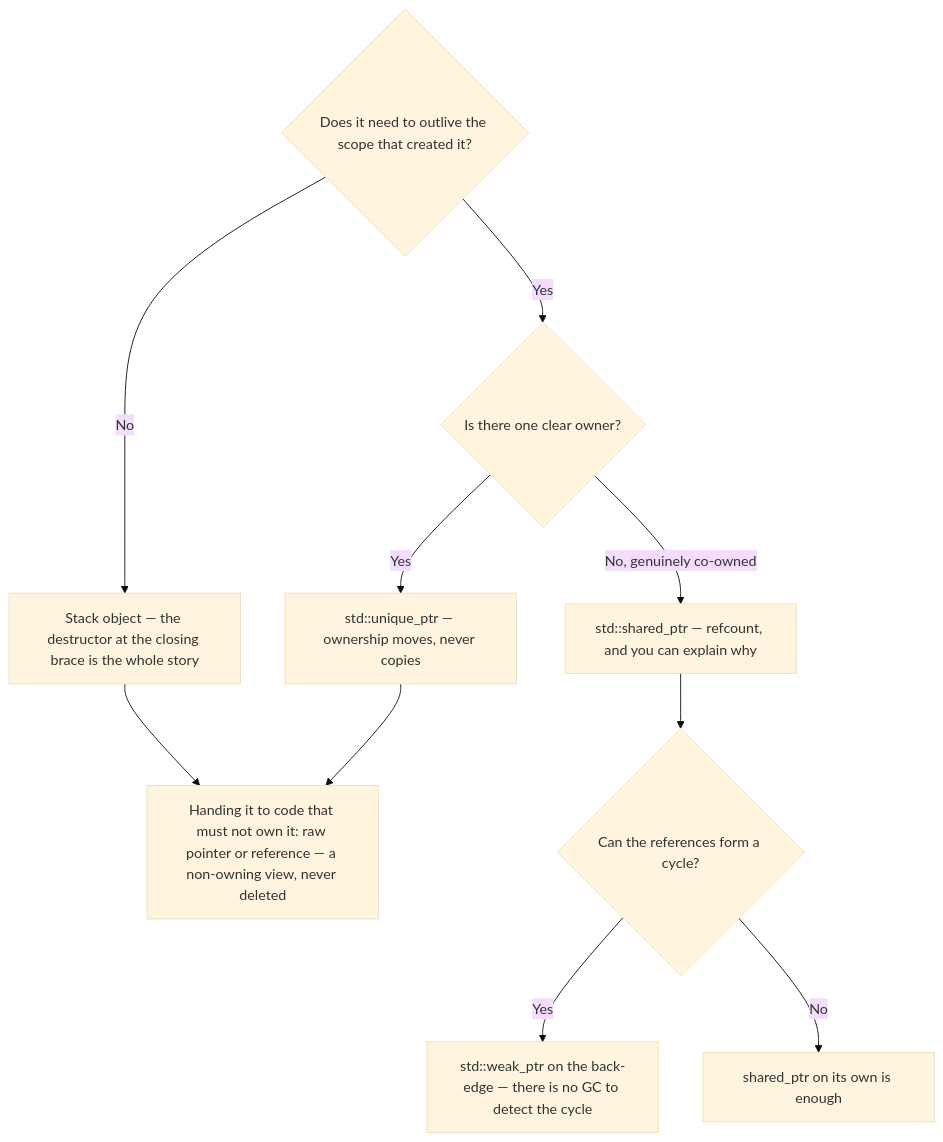
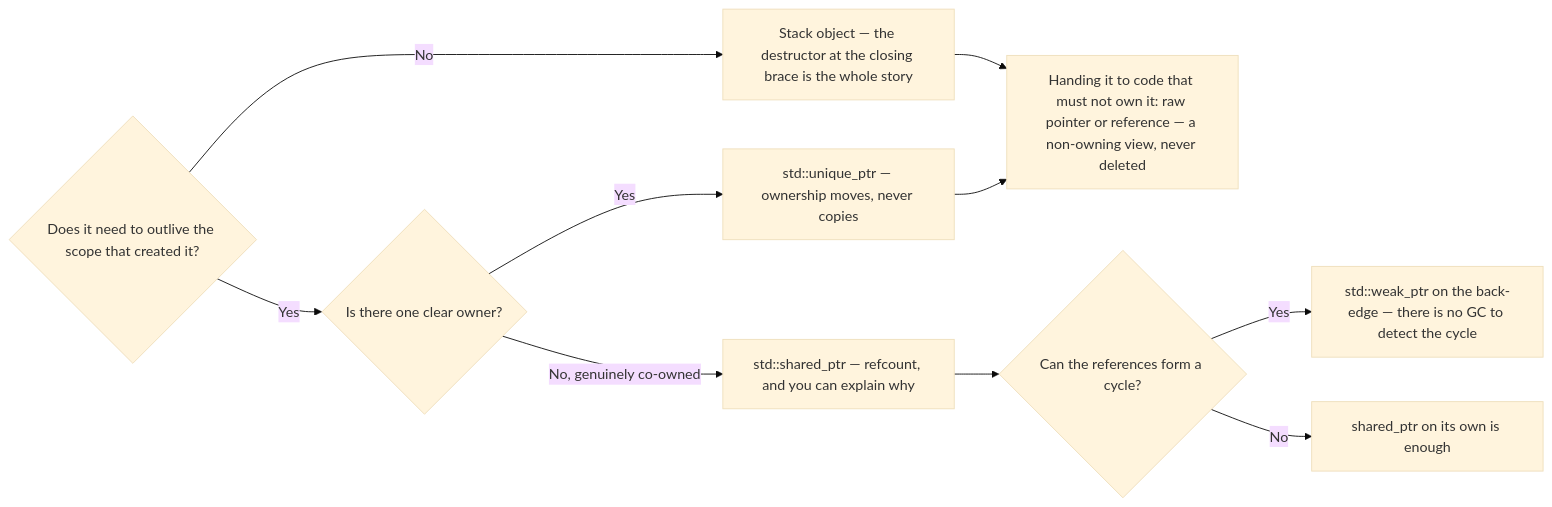
One commit to mkhomutov/going-unmanaged changed the diagram in book/01-ownership-and-raii.md. Above: the diagram before and after it, drawn with Mermaid (base theme).

Commit message:
Lay the Chapter 1 ownership diagram out left to right
A decision tree is rank-per-question, so TD made it 1056x1283 — a tall
column that pushes the prose either side of it far apart. LR turns the
ranks into columns: 1744x572, which scales to 282px at GitHub's content
width, next to the Chapter 26 diagram's 263px.

Only the direction keyword changed. Every node, edge and label is the
same, and the reading order still follows the questions.

````diff
--- a/book/01-ownership-and-raii.md
+++ b/book/01-ownership-and-raii.md
@@ -41,12 +41,12 @@
 ```mermaid
-flowchart TD
+flowchart LR
     Q1{"Does it need to outlive the scope that created it?"} -->|No| STK["Stack object — the destructor at the closing brace is the whole story"]
     Q1 -->|Yes| Q2{"Is there one clear owner?"}
     Q2 -->|Yes| UP["std::unique_ptr — ownership moves, never copies"]
     Q2 -->|"No, genuinely co-owned"| SP["std::shared_ptr — refcount, and you can explain why"]
     SP --> Q3{"Can the references form a cycle?"}
     Q3 -->|Yes| WP["std::weak_ptr on the back-edge — there is no GC to detect the cycle"]
     Q3 -->|No| SPOK["shared_ptr on its own is enough"]
     STK --> VIEW["Handing it to code that must not own it: raw pointer or reference — a non-owning view, never deleted"]
     UP --> VIEW
 ```
````
